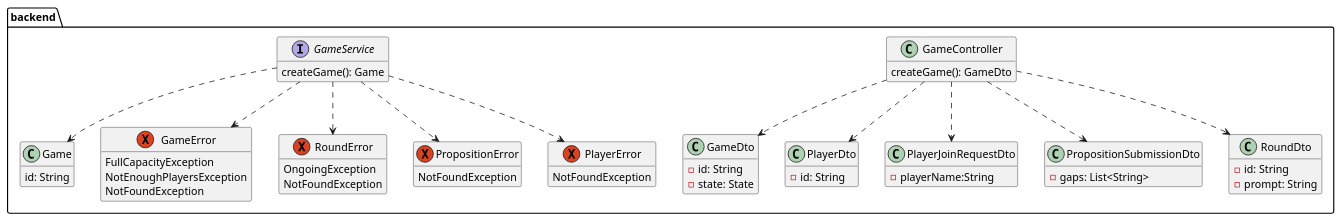
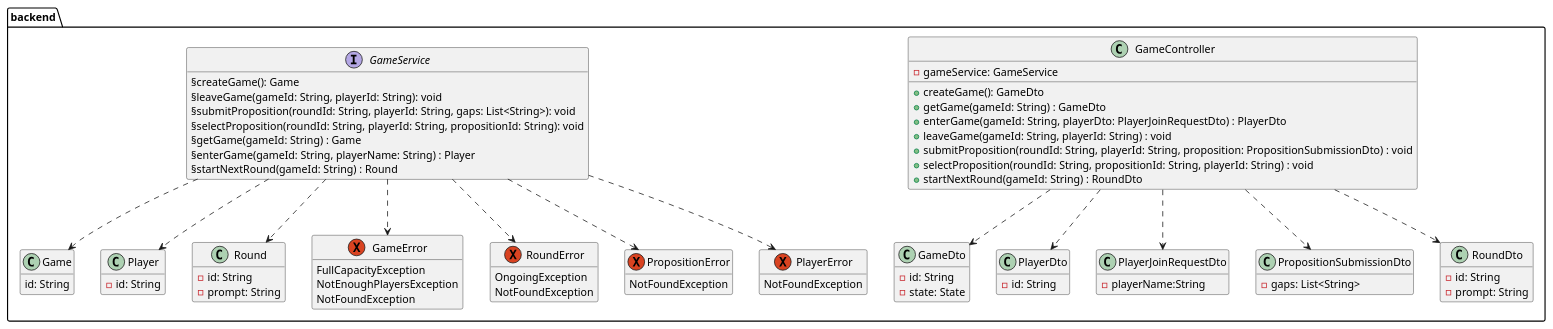
The diagram in docs/diagrams/class_diagramm.plantuml (patrickwinti/worldwidewalter), drawn with PlantUML before and after one commit.

Commit message:
[WWW-29] class diagram update

```diff
--- a/docs/diagrams/class_diagramm.plantuml
+++ b/docs/diagrams/class_diagramm.plantuml
@@ -1,58 +1,80 @@
 @startuml
 package backend{
     hide empty members
-    class GameController{
-      createGame(): GameDto
+    class GameController {
+        -gameService: GameService
+        +createGame(): GameDto
+        +getGame(gameId: String) : GameDto
+        +enterGame(gameId: String, playerDto: PlayerJoinRequestDto) : PlayerDto
+        +leaveGame(gameId: String, playerId: String) : void
+        +submitProposition(roundId: String, playerId: String, proposition: PropositionSubmissionDto) : void
+        +selectProposition(roundId: String, propositionId: String, playerId: String) : void
+        +startNextRound(gameId: String) : RoundDto
     }
-    class GameDto{
+    class GameDto {
         -id: String
         -state: State
     }
-    class Game{
+    class Game {
         id: String
     }
     interface GameService{
-        createGame(): Game
+       §createGame(): Game
+       §leaveGame(gameId: String, playerId: String): void
+       §submitProposition(roundId: String, playerId: String, gaps: List<String>): void
+       §selectProposition(roundId: String, playerId: String, propositionId: String): void
+       §getGame(gameId: String) : Game
+       §enterGame(gameId: String, playerName: String) : Player
+       §startNextRound(gameId: String) : Round
     }
-    class PlayerDto{
+    class PlayerDto {
         -id: String
     }
-    class PlayerJoinRequestDto{
+    class PlayerJoinRequestDto {
         -playerName:String
     }
-    class PropositionSubmissionDto{
+    class PropositionSubmissionDto {
         -gaps: List<String>
     }
-    class RoundDto{
+    class RoundDto {
         -id: String
         -prompt: String
     }
-    exception GameError{
+    class Player {
+        -id: String
+    }
+    class Round {
+        -id: String
+        -prompt: String
+    }
+    exception GameError {
         FullCapacityException
         NotEnoughPlayersException
         NotFoundException
     }
-    exception RoundError{
+    exception RoundError {
         OngoingException
         NotFoundException
     }
-    exception PropositionError{
+    exception PropositionError {
         NotFoundException
     }
-    exception PlayerError{
+    exception PlayerError {
         NotFoundException
     }
 
     GameController..>PlayerDto
     GameController..>PlayerJoinRequestDto
     GameController..>PropositionSubmissionDto
     GameController..>RoundDto
+    GameController ..> GameDto
 
-    GameController ..> GameDto
     GameService ..> Game
+    GameService ..> Round
+    GameService ..> Player
     GameService ..> GameError
     GameService ..> RoundError
     GameService ..> PlayerError
     GameService ..> PropositionError
 }
 @enduml
```
